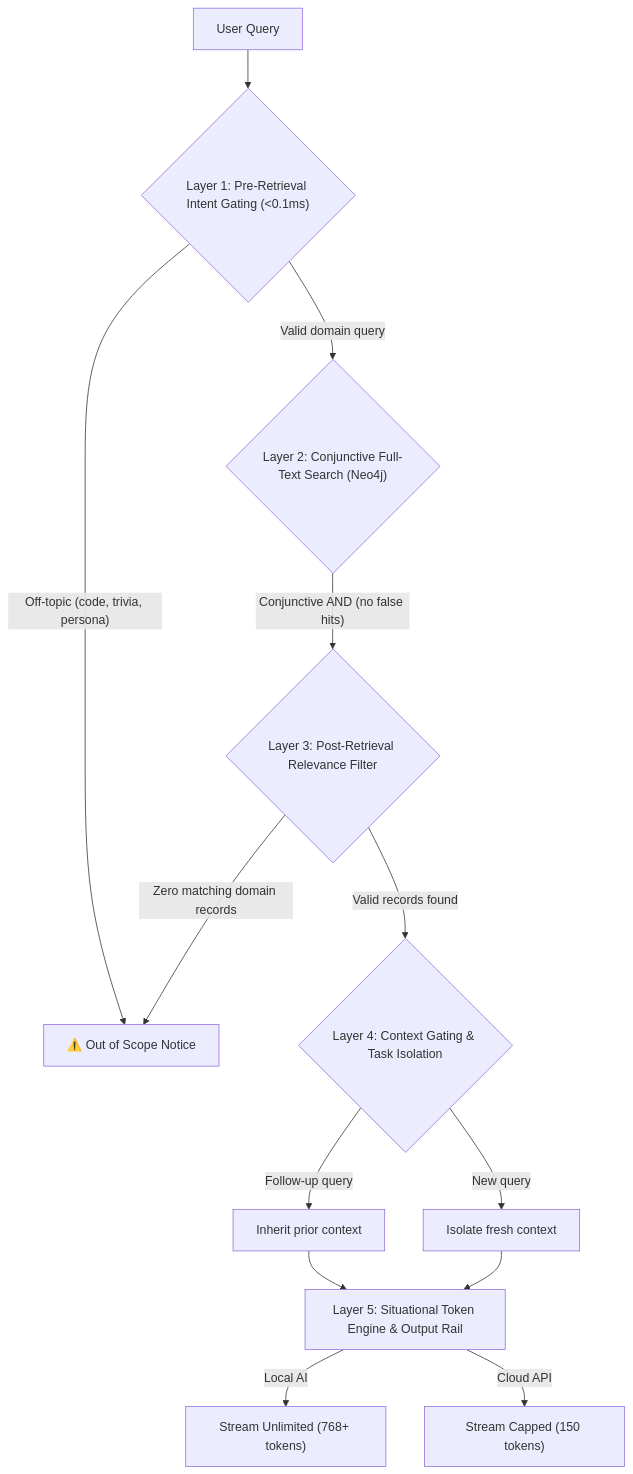
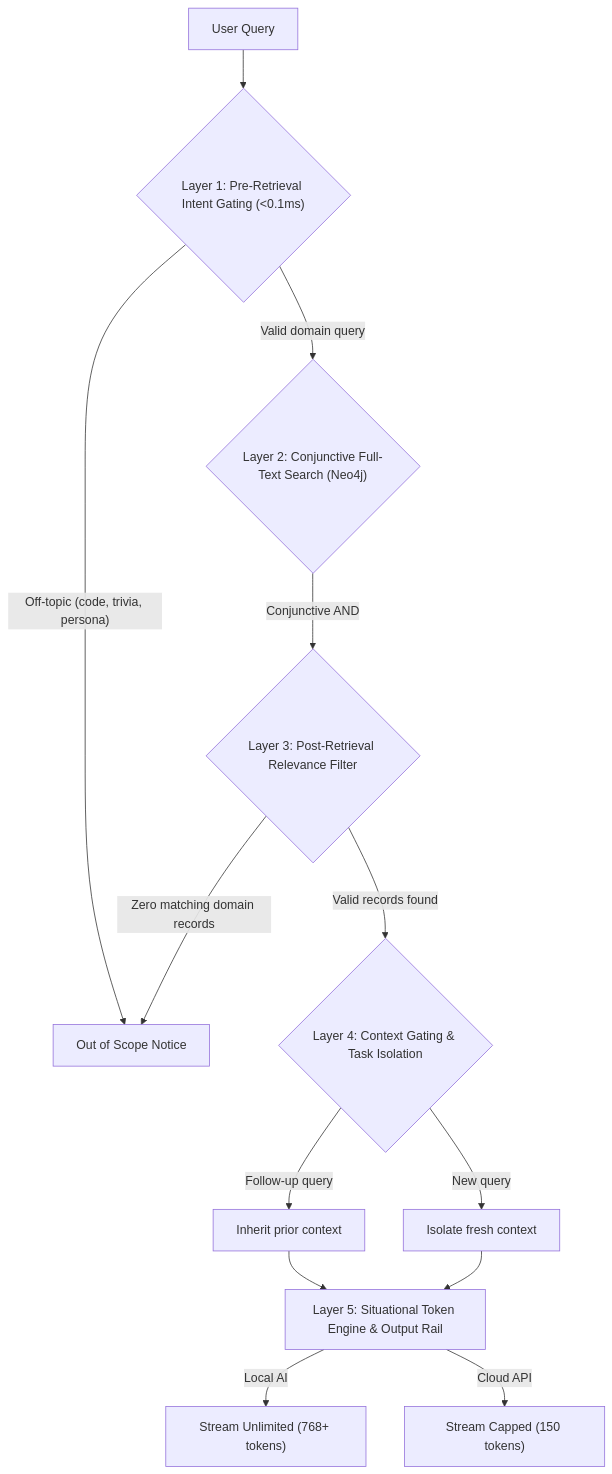
The diagram in backend/Readme.md (TechGid27/ProjectTRACK), drawn with Mermaid before and after one commit. The commit also changed other lines of this file and 19 other files, not shown here.

````diff
--- a/backend/Readme.md
+++ b/backend/Readme.md
@@ -237,15 +211,15 @@
 ```mermaid
 flowchart TD
     UserQuery["User Query"] --> L1{"Layer 1: Pre-Retrieval Intent Gating (<0.1ms)"}
-    L1 -- "Off-topic (code, trivia, persona)" --> Reject["⚠️ Out of Scope Notice"]
+    L1 -- "Off-topic (code, trivia, persona)" --> Reject["Out of Scope Notice"]
     L1 -- "Valid domain query" --> L2{"Layer 2: Conjunctive Full-Text Search (Neo4j)"}
-    L2 -- "Conjunctive AND (no false hits)" --> L3{"Layer 3: Post-Retrieval Relevance Filter"}
+    L2 -- "Conjunctive AND" --> L3{"Layer 3: Post-Retrieval Relevance Filter"}
     L3 -- "Zero matching domain records" --> Reject
     L3 -- "Valid records found" --> L4{"Layer 4: Context Gating & Task Isolation"}
     L4 -- "Follow-up query" --> ContextInject["Inherit prior context"]
     L4 -- "New query" --> ContextIsolate["Isolate fresh context"]
     ContextInject --> L5["Layer 5: Situational Token Engine & Output Rail"]
     ContextIsolate --> L5
     L5 -- "Local AI" --> StreamLocal["Stream Unlimited (768+ tokens)"]
     L5 -- "Cloud API" --> StreamCloud["Stream Capped (150 tokens)"]
 ```
````
